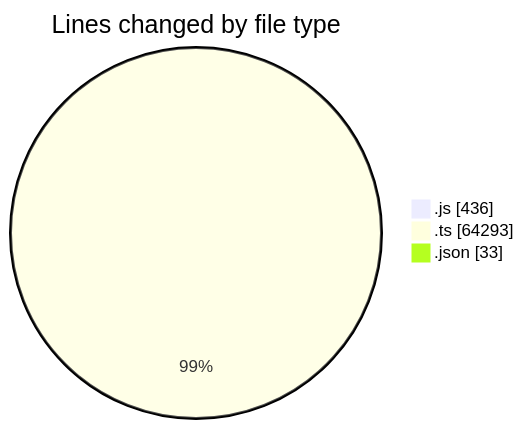
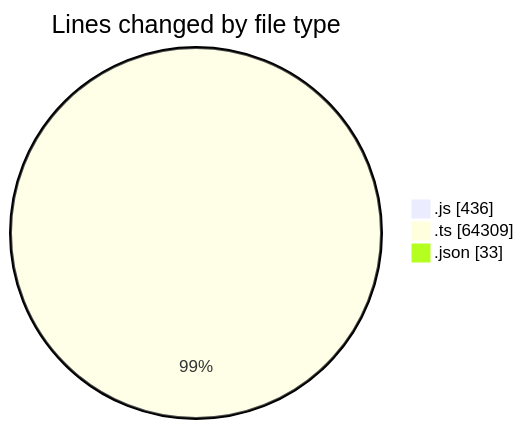
Before and after one commit to momahboobian/code-tracking: the first of 2 diagrams in 2026-07-27/cda/README.md, drawn with Mermaid. The commit also changed other lines of this file and 1 other file, not shown here.

````diff
--- a/2026-07-27/cda/README.md
+++ b/2026-07-27/cda/README.md
@@ -30,7 +31,7 @@
 ```mermaid
 pie showData
 title Lines changed by file type
 ".js" : 436
-".ts" : 64293
+".ts" : 64309
 ".json" : 33
 ```
````
